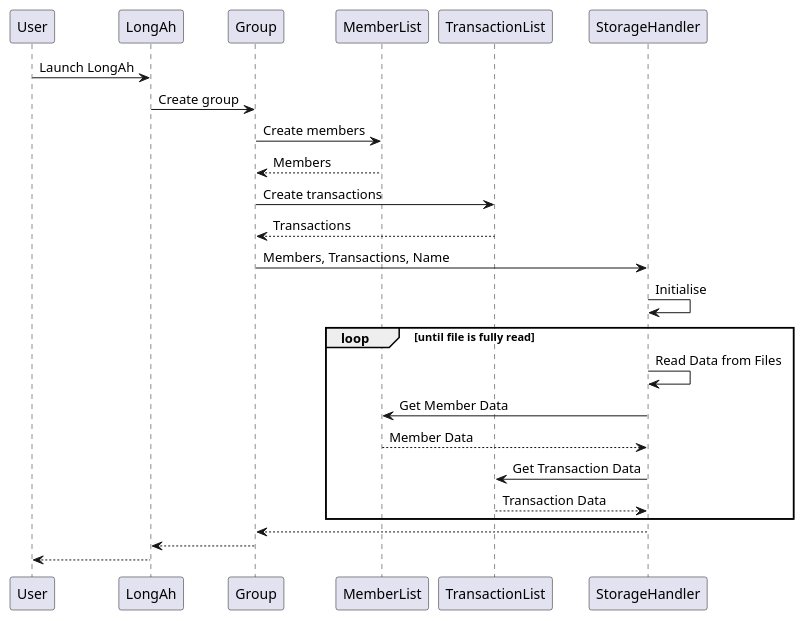
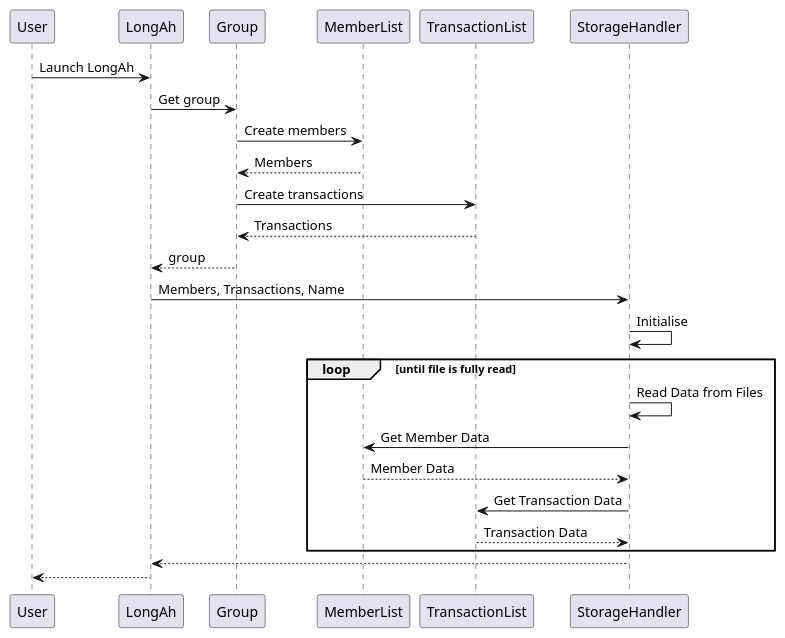
One commit to jing-xiang/tp changed the diagram in docs/diagrams/Storage Handler Init Sequence Diagram.puml. Above: the diagram before and after it, drawn with PlantUML. The commit also changed 5 other files, not shown here.

```diff
--- a/docs/diagrams/Storage Handler Init Sequence Diagram.puml
+++ b/docs/diagrams/Storage Handler Init Sequence Diagram.puml
@@ -1,27 +1,27 @@
 @startuml
 participant User
 participant LongAh
 participant Group
 participant MemberList
 participant TransactionList
 participant StorageHandler
 
 User -> LongAh: Launch LongAh
-LongAh -> Group: Create group
+LongAh -> Group: Get group
 Group -> MemberList: Create members
 MemberList --> Group: Members
 Group -> TransactionList: Create transactions
 TransactionList --> Group: Transactions
-Group -> StorageHandler: Members, Transactions, Name
+Group --> LongAh: group
+LongAh -> StorageHandler: Members, Transactions, Name
 StorageHandler -> StorageHandler: Initialise 
 loop until file is fully read
 StorageHandler -> StorageHandler: Read Data from Files
 StorageHandler -> MemberList: Get Member Data
 MemberList --> StorageHandler : Member Data
 StorageHandler -> TransactionList: Get Transaction Data
 TransactionList --> StorageHandler : Transaction Data
 end
-StorageHandler --> Group
-Group --> LongAh
+StorageHandler --> LongAh
 LongAh --> User
 @enduml
```
